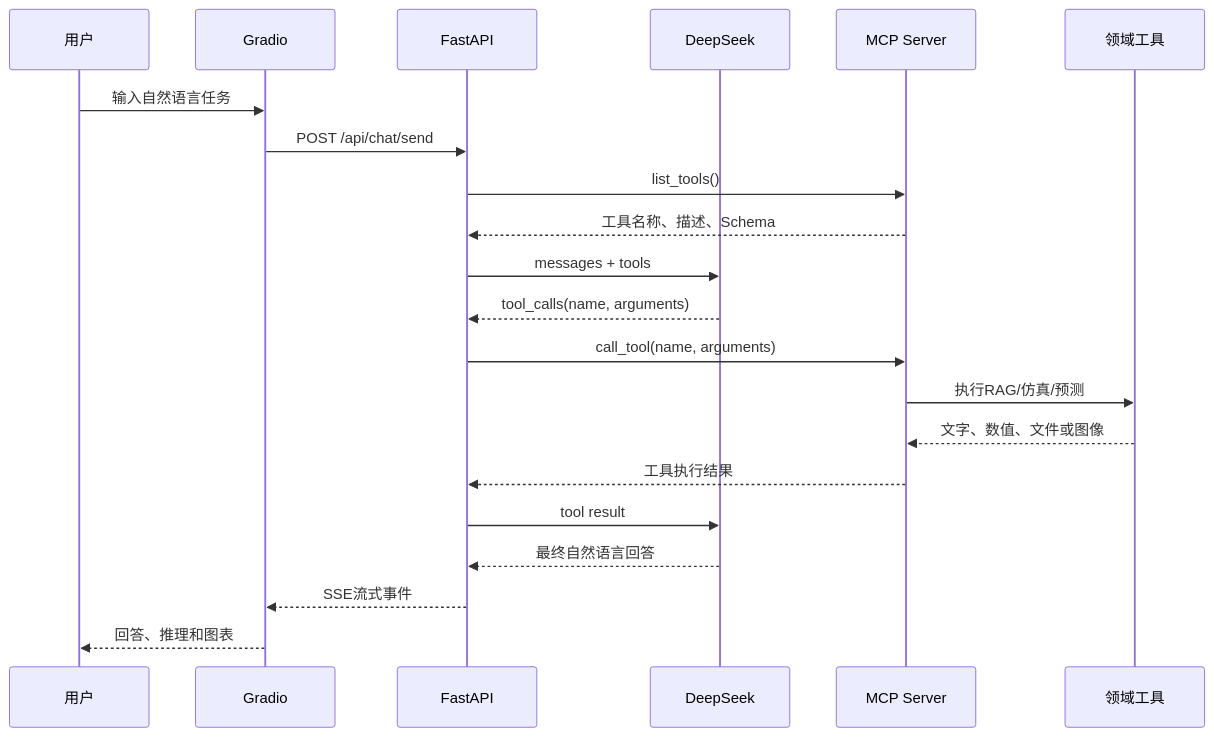
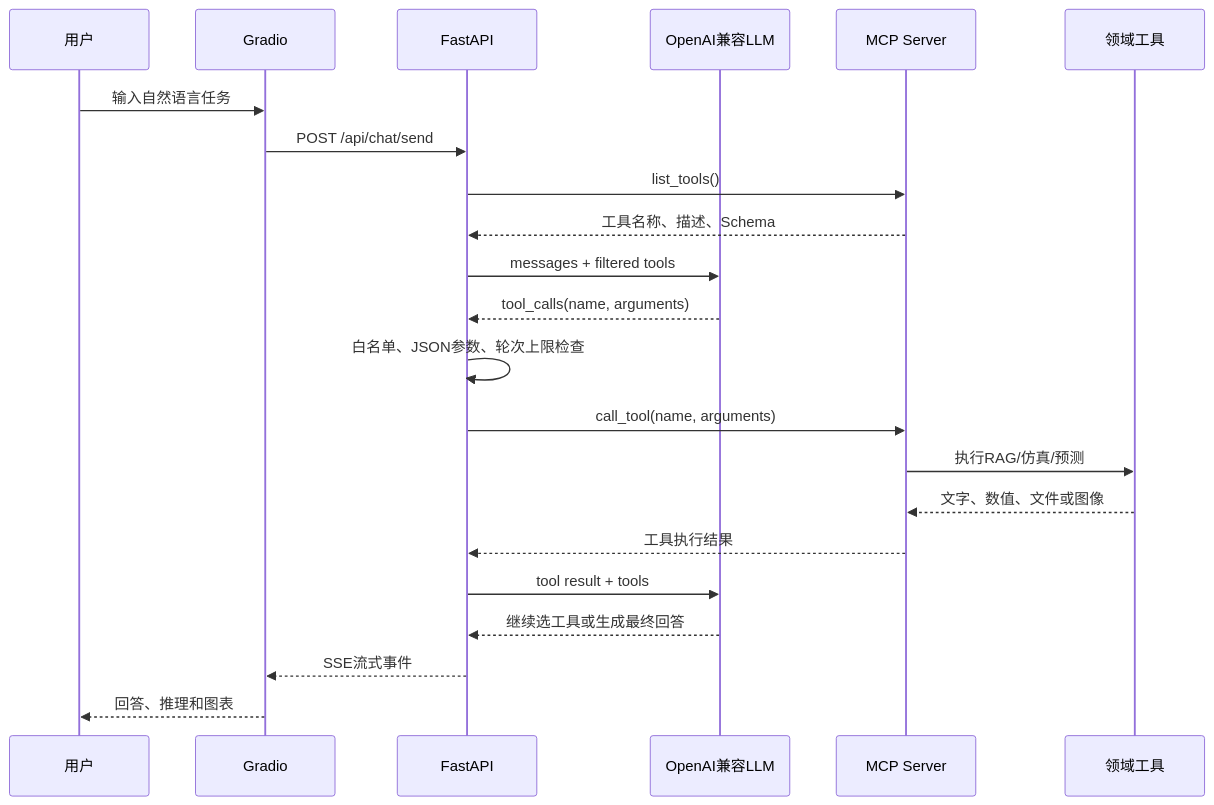
One commit to cc123-king/solarAI-X changed the diagram in docs/ARCHITECTURE.md. Above: the diagram before and after it, drawn with Mermaid. The commit also changed other lines of this file and 85 other files, not shown here.

````diff
--- a/docs/ARCHITECTURE.md
+++ b/docs/ARCHITECTURE.md
@@ -26,24 +26,25 @@
 ```mermaid
 sequenceDiagram
     participant User as 用户
     participant UI as Gradio
     participant API as FastAPI
-    participant LLM as DeepSeek
+    participant LLM as OpenAI兼容LLM
     participant MCP as MCP Server
     participant Tool as 领域工具
 
     User->>UI: 输入自然语言任务
     UI->>API: POST /api/chat/send
     API->>MCP: list_tools()
     MCP-->>API: 工具名称、描述、Schema
-    API->>LLM: messages + tools
+    API->>LLM: messages + filtered tools
     LLM-->>API: tool_calls(name, arguments)
+    API->>API: 白名单、JSON参数、轮次上限检查
     API->>MCP: call_tool(name, arguments)
     MCP->>Tool: 执行RAG/仿真/预测
     Tool-->>MCP: 文字、数值、文件或图像
     MCP-->>API: 工具执行结果
-    API->>LLM: tool result
-    LLM-->>API: 最终自然语言回答
+    API->>LLM: tool result + tools
+    LLM-->>API: 继续选工具或生成最终回答
     API-->>UI: SSE流式事件
     UI-->>User: 回答、推理和图表
 ```
````
